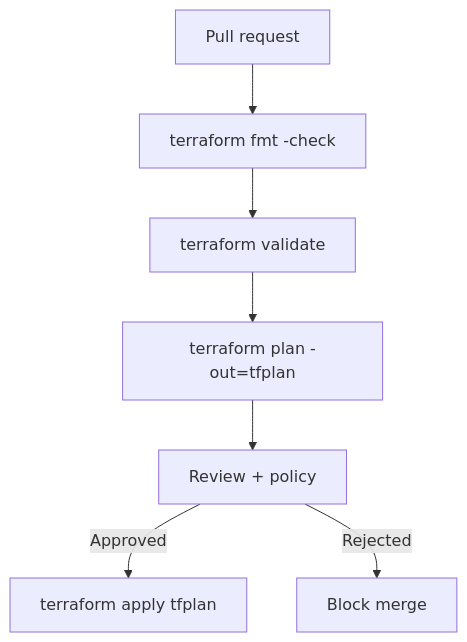
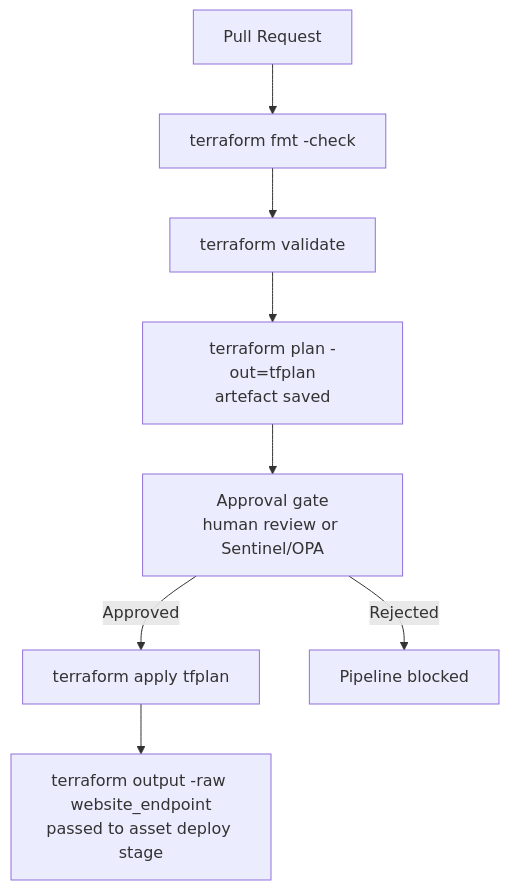
Before and after one commit to vandana-platform/02-tier-1-devops: the fifth of 5 diagrams in aws/system-03-data-platform/02-infrastructure/stage-01-foundation/s3-static-site/docs/interview-prep.md, drawn with Mermaid. The commit also changed other lines of this file and 5 other files, not shown here.

````diff
--- a/aws/system-03-data-platform/02-infrastructure/stage-01-foundation/s3-static-site/docs/interview-prep.md
+++ b/aws/system-03-data-platform/02-infrastructure/stage-01-foundation/s3-static-site/docs/interview-prep.md
@@ -196,9 +372,10 @@
 ```mermaid
 flowchart TD
-    PR[Pull request] --> FMT[terraform fmt -check]
+    PR[Pull Request] --> FMT[terraform fmt -check]
     FMT --> VAL[terraform validate]
-    VAL --> PLAN[terraform plan -out=tfplan]
-    PLAN --> REV[Review + policy]
-    REV -->|Approved| APP[terraform apply tfplan]
-    REV -->|Rejected| X[Block merge]
+    VAL --> PLAN[terraform plan -out=tfplan\nartefact saved]
+    PLAN --> GATE[Approval gate\nhuman review or Sentinel/OPA]
+    GATE -->|Approved| APPLY[terraform apply tfplan]
+    GATE -->|Rejected| FAIL[Pipeline blocked]
+    APPLY --> OUT[terraform output -raw website_endpoint\npassed to asset deploy stage]
 ```
````
